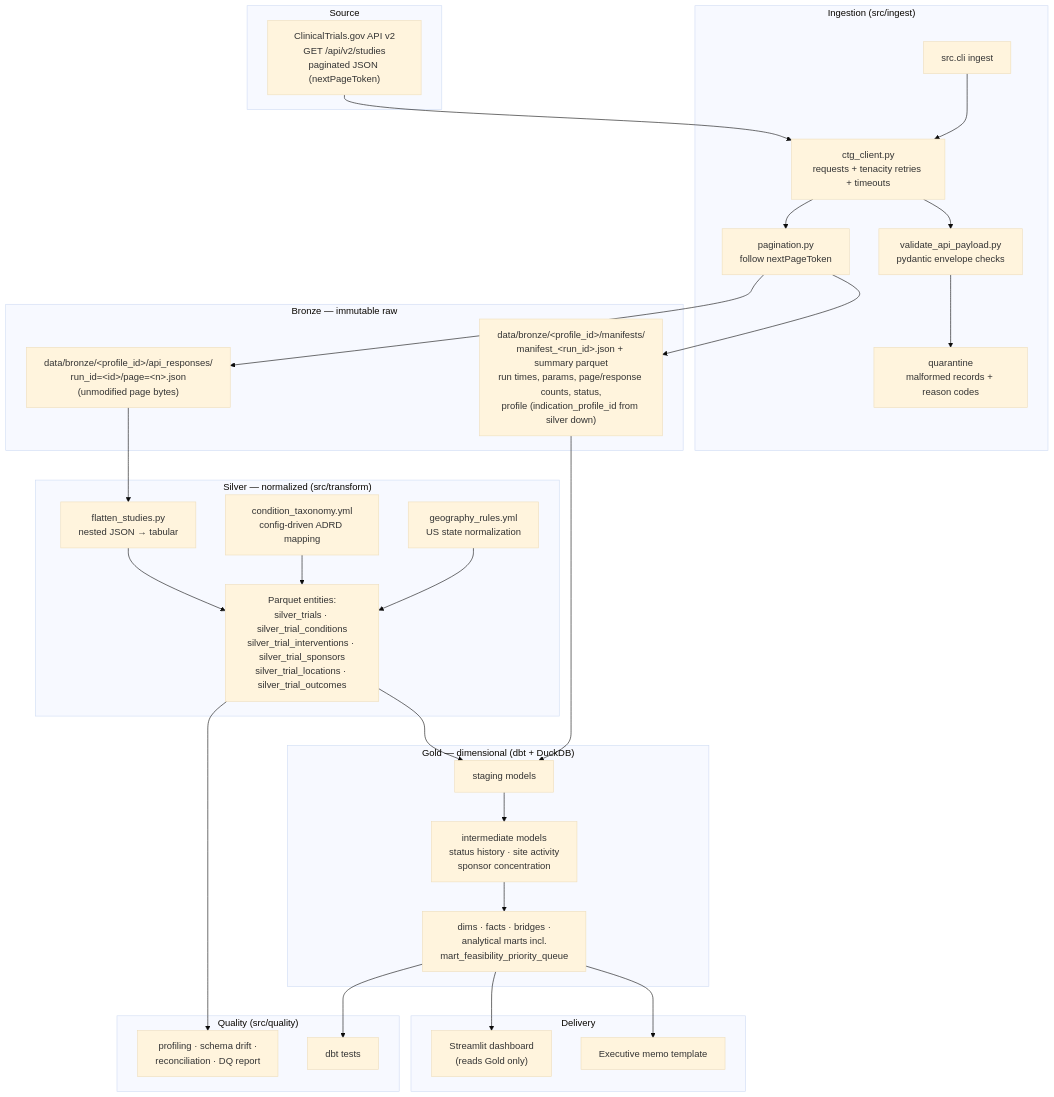
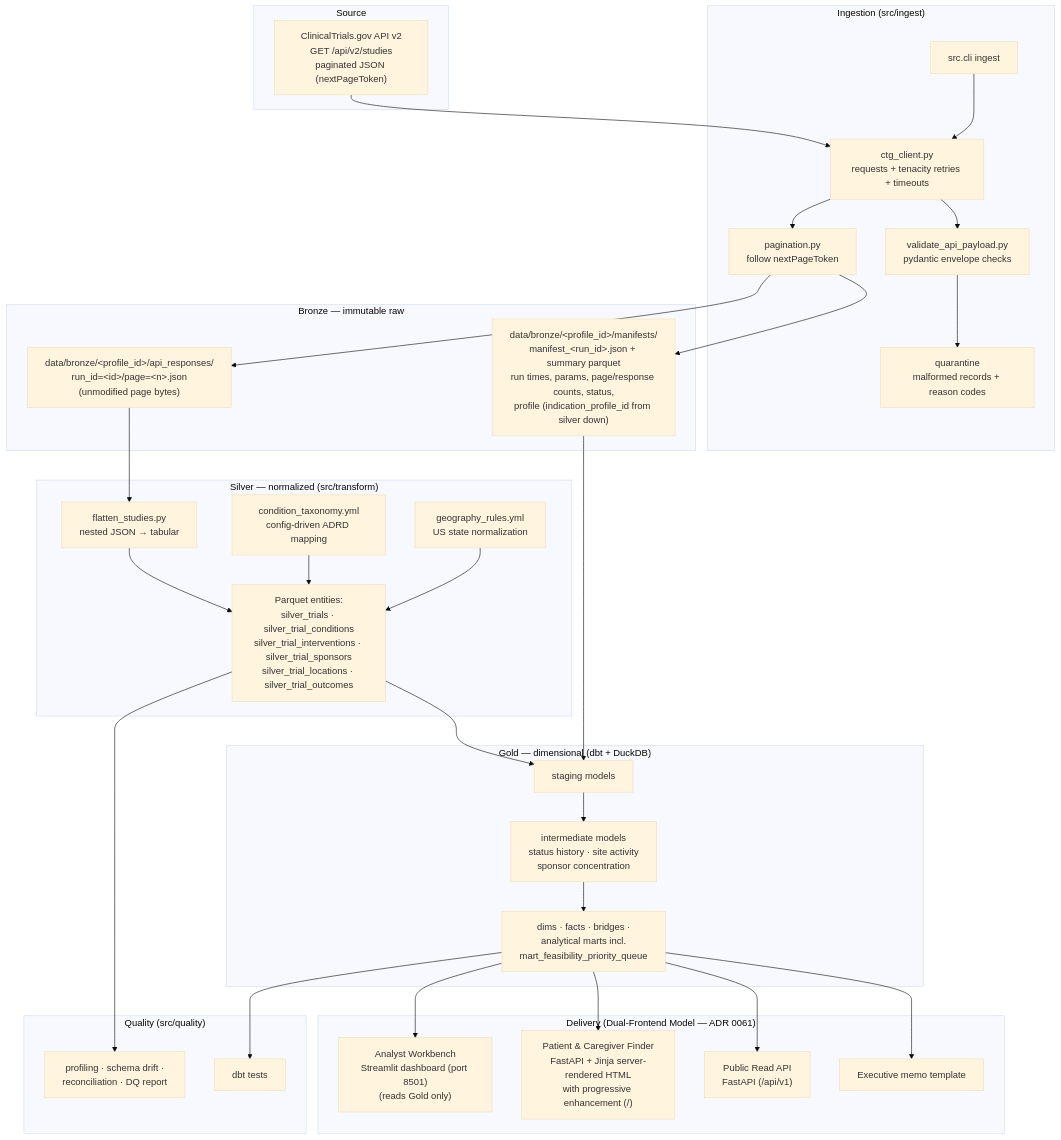
One commit to ne1cc/cti-dashboard changed the first of 2 diagrams in docs/architecture.md. Above: the diagram before and after it, drawn with Mermaid (base theme). The commit also changed other lines of this file and 2 other files, not shown here.

Commit message:
docs(adr): formalize patient frontend architecture decision (#61)

````diff
--- a/docs/architecture.md
+++ b/docs/architecture.md
@@ -10,56 +10,60 @@
 ```mermaid
 flowchart TB
     subgraph SRC["Source"]
         CTG["ClinicalTrials.gov API v2<br/>GET /api/v2/studies<br/>paginated JSON (nextPageToken)"]
     end
 
     subgraph ING["Ingestion (src/ingest)"]
         CLI["src.cli ingest"]
         CLIENT["ctg_client.py<br/>requests + tenacity retries + timeouts"]
         PAGES["pagination.py<br/>follow nextPageToken"]
         VAL["validate_api_payload.py<br/>pydantic envelope checks"]
         QUAR["quarantine<br/>malformed records + reason codes"]
     end
 
     subgraph BRONZE["Bronze — immutable raw"]
         RAWJSON["data/bronze/&lt;profile_id&gt;/api_responses/<br/>run_id=&lt;id&gt;/page=&lt;n&gt;.json<br/>(unmodified page bytes)"]
         MANIFEST["data/bronze/&lt;profile_id&gt;/manifests/<br/>manifest_&lt;run_id&gt;.json + summary parquet<br/>run times, params, page/response counts, status,<br/>profile (indication_profile_id from silver down)"]
     end
 
     subgraph SILVER["Silver — normalized (src/transform)"]
         FLAT["flatten_studies.py<br/>nested JSON → tabular"]
         ENTITIES["Parquet entities:<br/>silver_trials · silver_trial_conditions<br/>silver_trial_interventions · silver_trial_sponsors<br/>silver_trial_locations · silver_trial_outcomes"]
         TAX["condition_taxonomy.yml<br/>config-driven ADRD mapping"]
         GEO["geography_rules.yml<br/>US state normalization"]
     end
 
     subgraph GOLD["Gold — dimensional (dbt + DuckDB)"]
         STG["staging models"]
         INT["intermediate models<br/>status history · site activity<br/>sponsor concentration"]
         MARTS["dims · facts · bridges ·<br/>analytical marts incl.<br/>mart_feasibility_priority_queue"]
     end
 
     subgraph QA["Quality (src/quality)"]
         PROF["profiling · schema drift ·<br/>reconciliation · DQ report"]
         DBTTEST["dbt tests"]
     end
 
-    subgraph OUT["Delivery"]
-        APP["Streamlit dashboard<br/>(reads Gold only)"]
+    subgraph OUT["Delivery (Dual-Frontend Model — ADR 0061)"]
+        APP["Analyst Workbench<br/>Streamlit dashboard (port 8501)<br/>(reads Gold only)"]
+        PATIENT["Patient & Caregiver Finder<br/>FastAPI + Jinja server-rendered HTML<br/>with progressive enhancement (/)"]
+        API["Public Read API<br/>FastAPI (/api/v1)"]
         MEMODOC["Executive memo template"]
     end
 
     CTG --> CLIENT
     CLI --> CLIENT --> PAGES --> RAWJSON
     PAGES --> MANIFEST
     CLIENT --> VAL --> QUAR
     RAWJSON --> FLAT --> ENTITIES
     TAX --> ENTITIES
     GEO --> ENTITIES
     ENTITIES --> STG --> INT --> MARTS
     MANIFEST --> STG
     ENTITIES --> PROF
     MARTS --> DBTTEST
     MARTS --> APP
+    MARTS --> PATIENT
+    MARTS --> API
     MARTS --> MEMODOC
 ```
````
